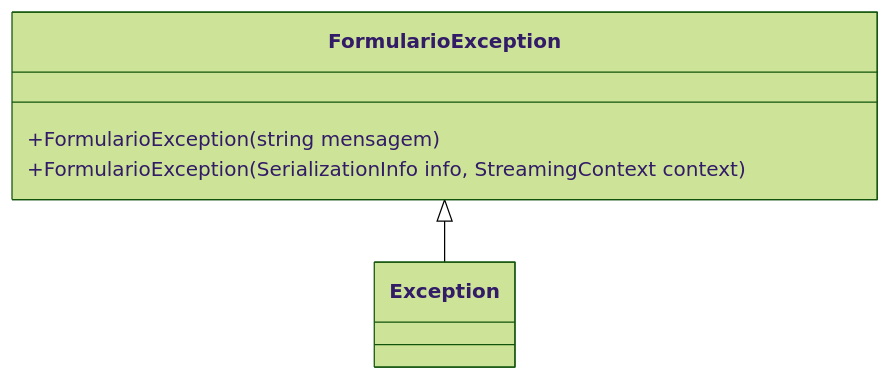
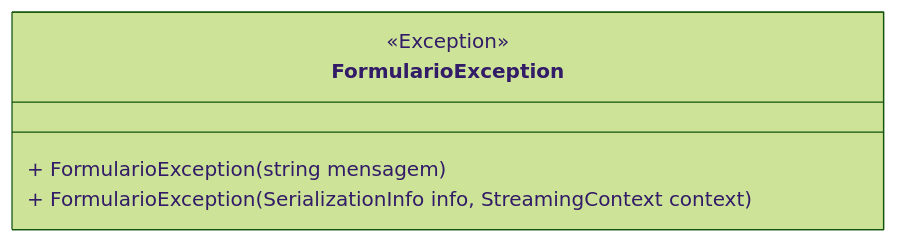
The diagram in docs/b2b-dominio/IsthmusWinthor.Nucleo/IsthmusWinthor.Dominio/Exceptions/FormularioException.md (IsthmusSistemas/documentacao-tecnica), drawn with Mermaid (forest theme) before and after one commit. The commit also changed other lines of this file and 882 other files, not shown here.

````diff
--- a/docs/b2b-dominio/IsthmusWinthor.Nucleo/IsthmusWinthor.Dominio/Exceptions/FormularioException.md
+++ b/docs/b2b-dominio/IsthmusWinthor.Nucleo/IsthmusWinthor.Dominio/Exceptions/FormularioException.md
@@ -28,8 +31,8 @@
 ```mermaid
 classDiagram
     class FormularioException {
-        +FormularioException(string mensagem)
-        +FormularioException(SerializationInfo info, StreamingContext context)
+        <<Exception>>
+        + FormularioException(string mensagem)
+        + FormularioException(SerializationInfo info, StreamingContext context)
     }
-    FormularioException <|-- Exception
 ```
````
